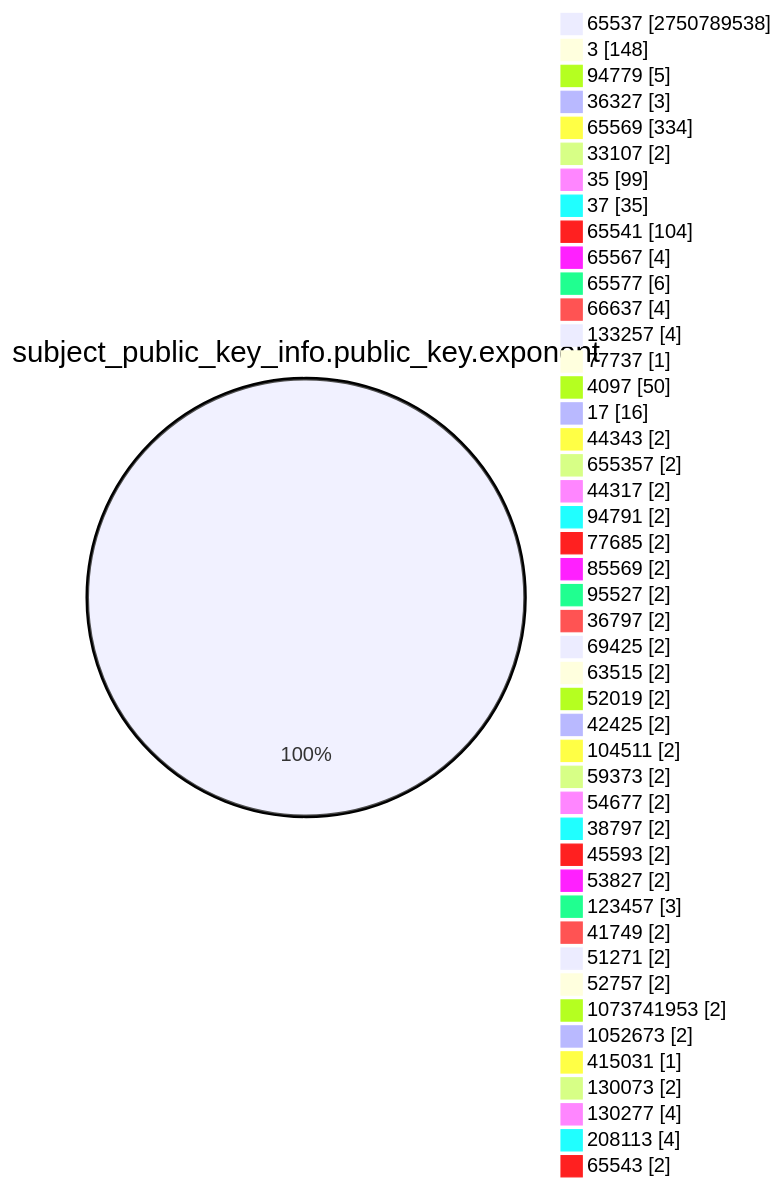
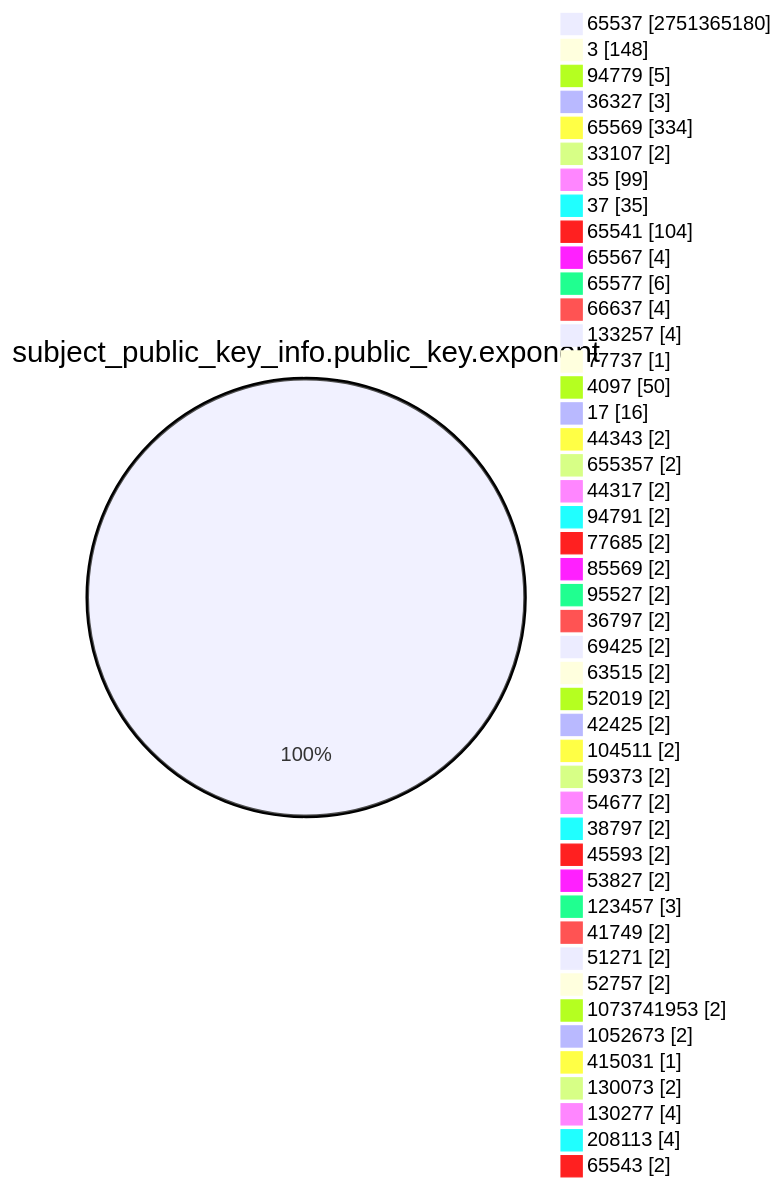
Before and after one commit to christiankrug/ctmonitor_visualization: the fourth of 15 diagrams in TOTAL/README.md, drawn with Mermaid. The commit also changed other lines of this file, not shown here.

````diff
--- a/TOTAL/README.md
+++ b/TOTAL/README.md
@@ -1467,49 +1467,49 @@
 ```mermaid
 pie showData
 title subject_public_key_info.public_key.exponent
-"65537" :2750789538
+"65537" :2751365180
 "3" :148
 "94779" :5
 "36327" :3
 "65569" :334
 "33107" :2
 "35" :99
 "37" :35
 "65541" :104
 "65567" :4
 "65577" :6
 "66637" :4
 "133257" :4
 "77737" :1
 "4097" :50
 "17" :16
 "44343" :2
 "655357" :2
 "44317" :2
 "94791" :2
 "77685" :2
 "85569" :2
 "95527" :2
 "36797" :2
 "69425" :2
 "63515" :2
 "52019" :2
 "42425" :2
 "104511" :2
 "59373" :2
 "54677" :2
 "38797" :2
 "45593" :2
 "53827" :2
 "123457" :3
 "41749" :2
 "51271" :2
 "52757" :2
 "1073741953" :2
 "1052673" :2
 "415031" :1
 "130073" :2
 "130277" :4
 "208113" :4
 "65543" :2
 ```
````
